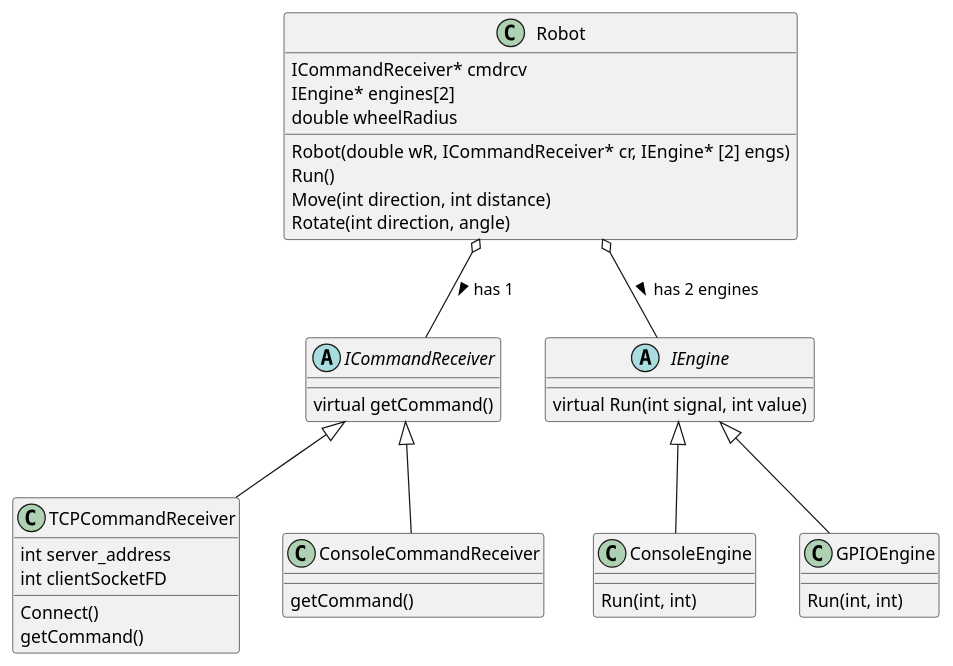
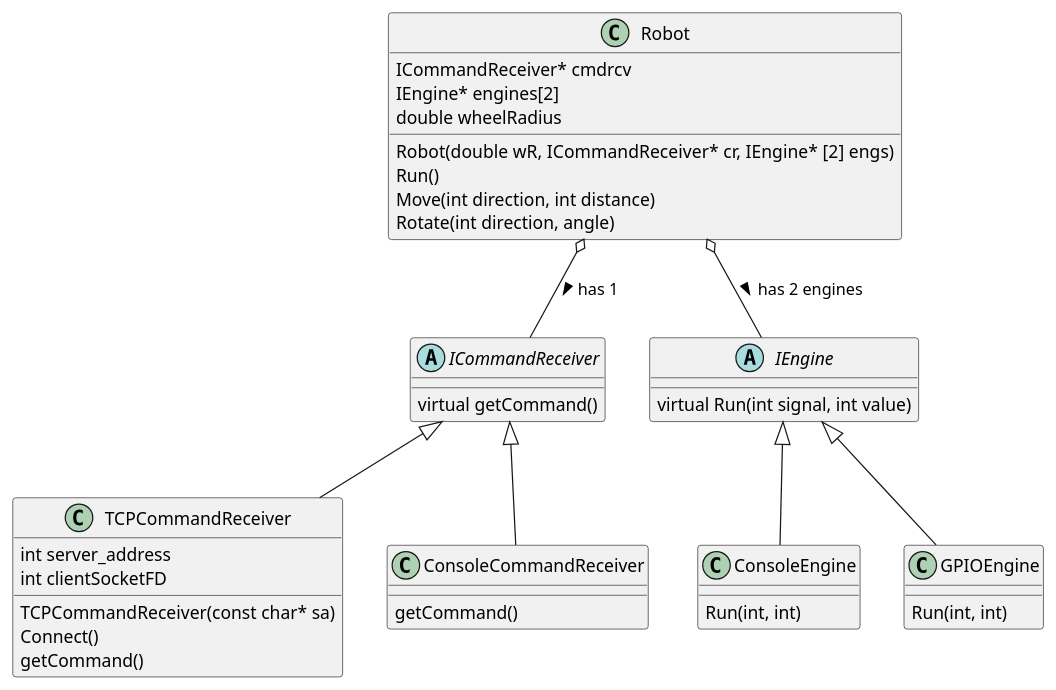
Before and after one commit to fanglores/Gagarin-2022: the diagram in src/classes.pu, drawn with PlantUML.

```diff
--- a/src/classes.pu
+++ b/src/classes.pu
@@ -1,55 +1,56 @@
 @startuml
 class Robot 
 {
    ICommandReceiver* cmdrcv
    IEngine* engines[2]
    double wheelRadius
    
    Robot(double wR, ICommandReceiver* cr, IEngine* [2] engs)
    Run()
    Move(int direction, int distance)
    Rotate(int direction, angle)
 }
 
 abstract class ICommandReceiver
 {
    virtual getCommand()
 }
 
 class TCPCommandReceiver
 {
    int server_address
    int clientSocketFD
 
+   TCPCommandReceiver(const char* sa)
    Connect()
    getCommand()
 }
 
 class ConsoleCommandReceiver
 {
    getCommand()
 }
 
 class ConsoleEngine 
 {
    Run(int, int)
 }
 
 class GPIOEngine
 {
    Run(int, int)
 }
 
 abstract class IEngine
 {
    virtual Run(int signal, int value)
 }
 
 IEngine <|-- GPIOEngine
 IEngine <|-- ConsoleEngine
 ICommandReceiver <|-- TCPCommandReceiver
 ICommandReceiver <|-- ConsoleCommandReceiver
 Robot o-- IEngine : has 2 engines >
 Robot o-- ICommandReceiver : has 1 >
 
 @enduml
```
